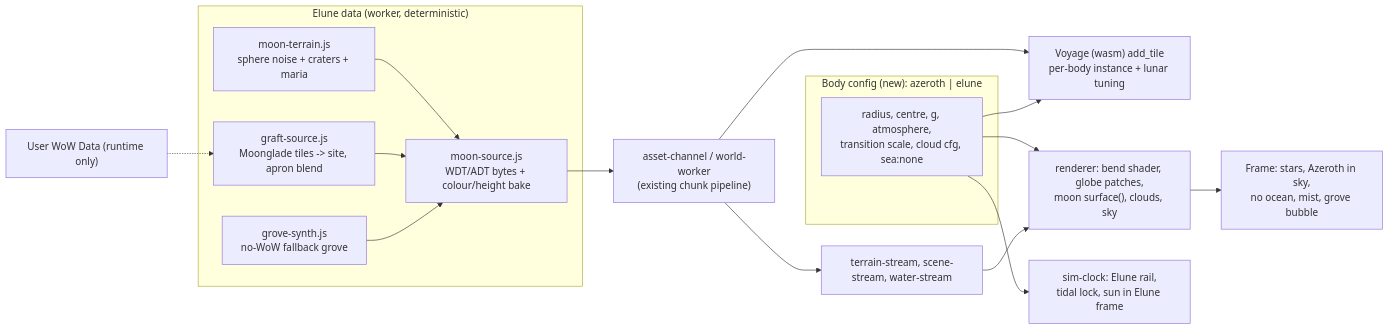
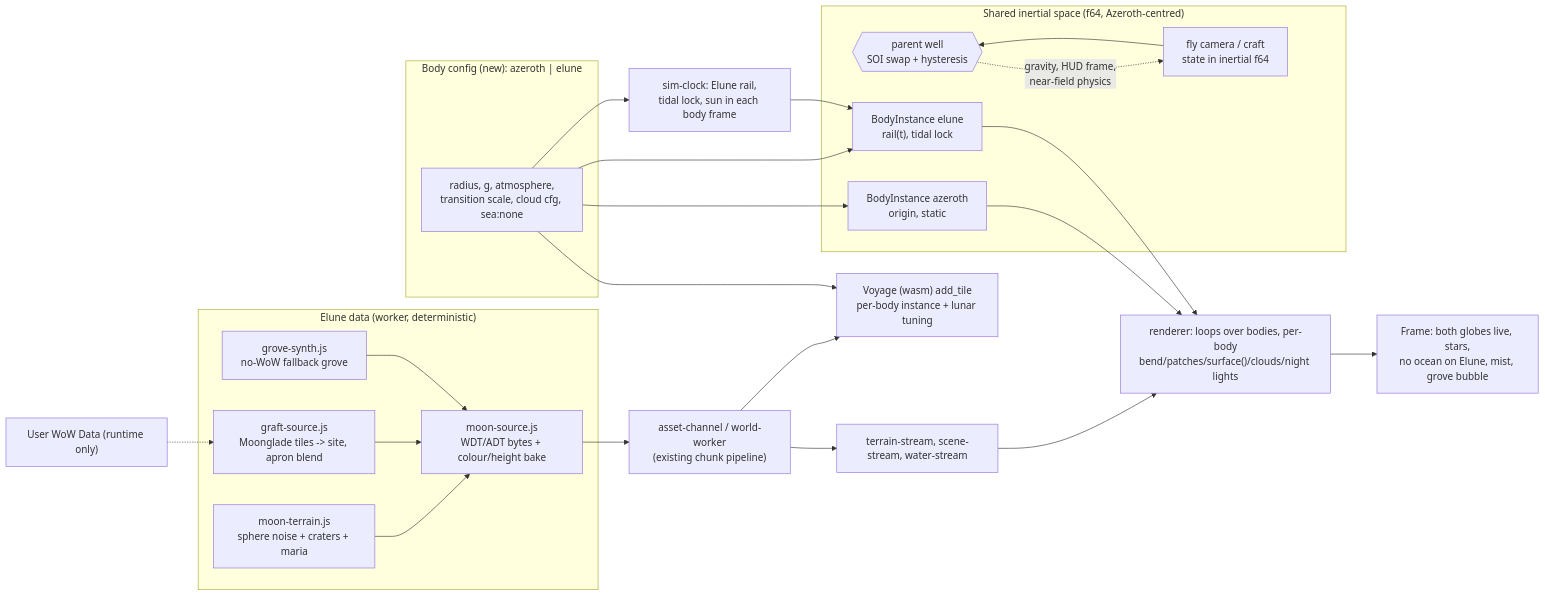
The diagram in browser/design/elune.md (lizizatt/vanilla-world), drawn with Mermaid before and after one commit. The commit also changed other lines of this file, not shown here.

Commit message:
Revise Elune design: coexisting bodies, parent gravity well, fly-camera travel

````diff
--- a/browser/design/elune.md
+++ b/browser/design/elune.md
@@ -13,24 +16,36 @@
 ```mermaid
 flowchart LR
+  subgraph Space["Shared inertial space (f64, Azeroth-centred)"]
+    AZ["BodyInstance azeroth<br/>origin, static"]
+    EL["BodyInstance elune<br/>rail(t), tidal lock"]
+    PAR{{"parent well<br/>SOI swap + hysteresis"}}
+    CAM["fly camera / craft<br/>state in inertial f64"]
+  end
+  CAM --> PAR
+  PAR -. "gravity, HUD frame,<br/>near-field physics" .-> CAM
   subgraph Body["Body config (new): azeroth | elune"]
-    CFG["radius, centre, g, atmosphere,<br/>transition scale, cloud cfg, sea:none"]
+    CFG["radius, g, atmosphere,<br/>transition scale, cloud cfg, sea:none"]
   end
   subgraph Gen["Elune data (worker, deterministic)"]
     NOISE["moon-terrain.js<br/>sphere noise + craters + maria"]
     GRAFT["graft-source.js<br/>Moonglade tiles -> site, apron blend"]
     FALL["grove-synth.js<br/>no-WoW fallback grove"]
     SRC["moon-source.js<br/>WDT/ADT bytes + colour/height bake"]
   end
   LOCAL["User WoW Data (runtime only)"] -.-> GRAFT
   NOISE --> SRC
   GRAFT --> SRC
   FALL --> SRC
   SRC --> CH["asset-channel / world-worker<br/>(existing chunk pipeline)"]
   CH --> ST["terrain-stream, scene-stream, water-stream"]
   CH --> VOY["Voyage (wasm) add_tile<br/>per-body instance + lunar tuning"]
-  CFG --> REND["renderer: bend shader, globe patches,<br/>moon surface(), clouds, sky"]
+  CFG --> AZ
+  CFG --> EL
+  CFG --> VOY
+  CFG --> CLK["sim-clock: Elune rail,<br/>tidal lock, sun in each body frame"]
+  CLK --> EL
+  AZ --> REND["renderer: loops over bodies, per-body<br/>bend/patches/surface()/clouds/night lights"]
+  EL --> REND
   ST --> REND
-  CFG --> VOY
-  CFG --> CLK["sim-clock: Elune rail,<br/>tidal lock, sun in Elune frame"]
-  REND --> OUT["Frame: stars, Azeroth in sky,<br/>no ocean, mist, grove bubble"]
+  REND --> OUT["Frame: both globes live, stars,<br/>no ocean on Elune, mist, grove bubble"]
 ```
````
